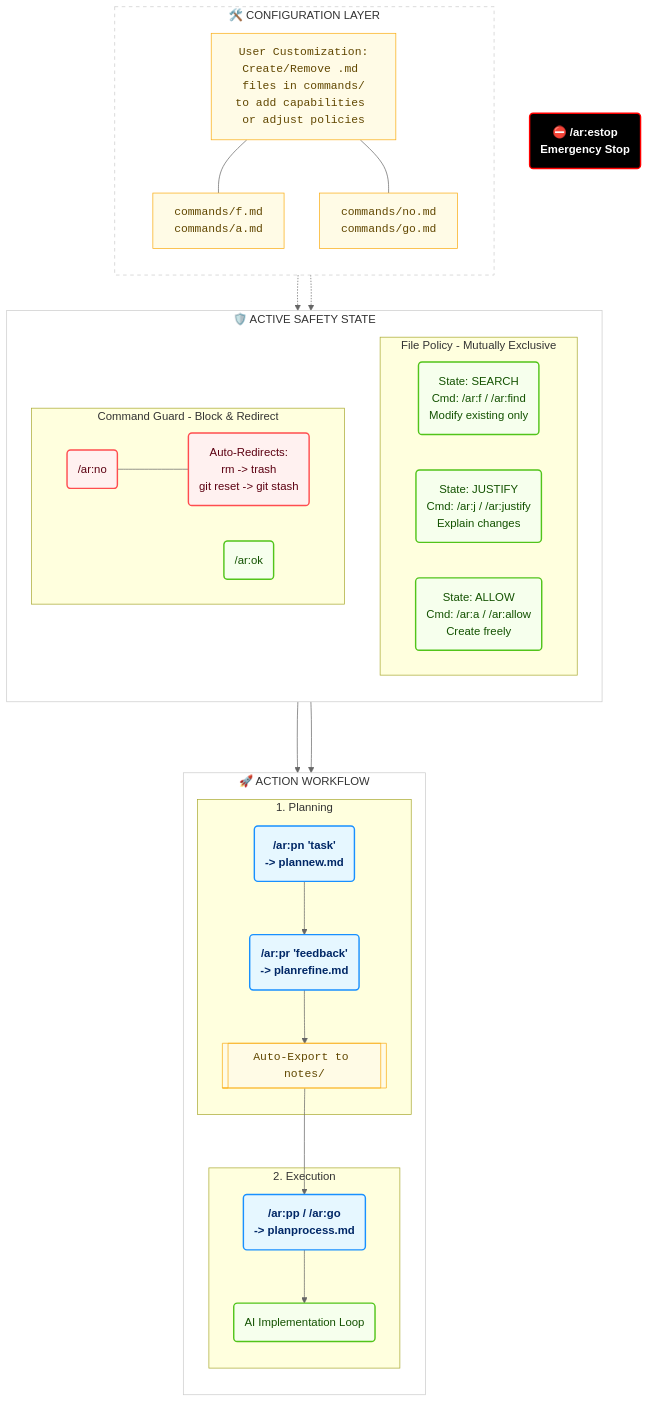
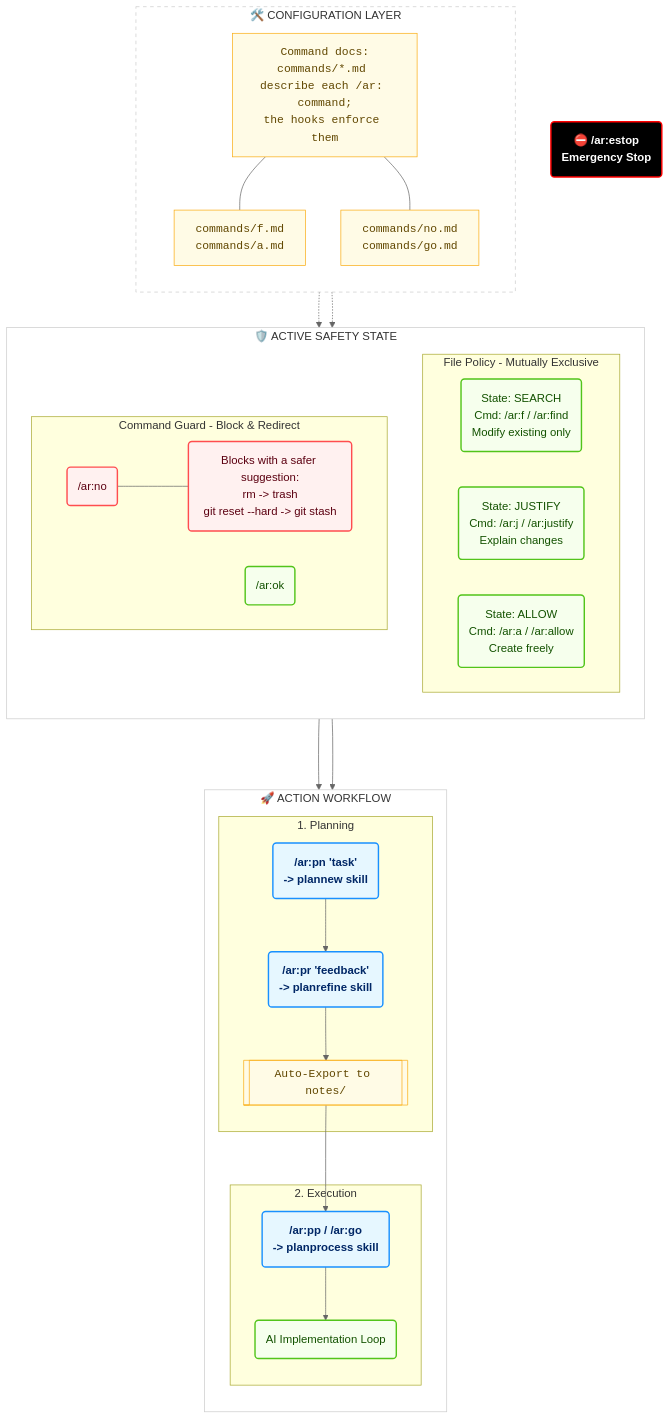
Before and after one commit to ahundt/autorun: the diagram in autorun-ux.mmd, drawn with Mermaid. The commit also changed 17 other files, not shown here.

```diff
--- a/autorun-ux.mmd
+++ b/autorun-ux.mmd
@@ -1,77 +1,77 @@
 %% Regenerate SVG: npx @mermaid-js/mermaid-cli mmdc -i autorun-ux.mmd -o autorun-ux.svg
 flowchart TD
     %% THEME: Technical, Accurate, Complete
     classDef file fill:#fffbe6,stroke:#faad14,stroke-width:1px,color:#614700,font-family:monospace
     classDef cmd fill:#e6f7ff,stroke:#1890ff,stroke-width:2px,color:#002766,font-weight:bold
     classDef state fill:#f6ffed,stroke:#52c41a,stroke-width:2px,color:#135200
     classDef block fill:#fff1f0,stroke:#ff4d4f,stroke-width:2px,color:#5c0011
     classDef panic fill:#000,stroke:#ff0000,stroke-width:2px,color:#fff,font-weight:bold
 
     %% --- LAYER 1: CONFIGURATION (MD FILES) ---
     subgraph Config [🛠️ CONFIGURATION LAYER]
         direction TB
-        Note_MD[User Customization:<br/>Create/Remove .md files in commands/<br/>to add capabilities or adjust policies]:::file
+        Note_MD[Command docs:<br/>commands/*.md describe each /ar: command;<br/>the hooks enforce them]:::file
         
         Files_Pol[commands/f.md<br/>commands/a.md]:::file
         Files_Cmd[commands/no.md<br/>commands/go.md]:::file
         
         Note_MD --- Files_Pol & Files_Cmd
     end
 
     %% --- LAYER 2: ACTIVE SAFETY STATE ---
     subgraph Safety [🛡️ ACTIVE SAFETY STATE]
         direction TB
         
         subgraph File_Pol [File Policy - Mutually Exclusive]
             P_Find(State: SEARCH<br/>Cmd: /ar:f / /ar:find<br/>Modify existing only):::state
             P_Just(State: JUSTIFY<br/>Cmd: /ar:j / /ar:justify<br/>Explain changes):::state
             P_Allow(State: ALLOW<br/>Cmd: /ar:a / /ar:allow<br/>Create freely):::state
         end
 
         subgraph Cmd_Block [Command Guard - Block & Redirect]
             Block_Cmd("/ar:no <pattern> [desc]<br/>Stops execution"):::block
-            Redirect("Auto-Redirects:<br/>rm -> trash<br/>git reset -> git stash"):::block
+            Redirect("Blocks with a safer suggestion:<br/>rm -> trash<br/>git reset --hard -> git stash"):::block
             Allow_Cmd("/ar:ok <pattern><br/>Override a block"):::state
             
             Block_Cmd ~~~ Redirect
         end
     end
 
     %% --- LAYER 3: WORKFLOW ---
     subgraph Workflow [🚀 ACTION WORKFLOW]
         direction TB
         
         subgraph Plan_Phase [1. Planning]
-            W_PN(/ar:pn 'task'<br/>-> plannew.md):::cmd
-            W_PR(/ar:pr 'feedback'<br/>-> planrefine.md):::cmd
+            W_PN(/ar:pn 'task'<br/>-> plannew skill):::cmd
+            W_PR(/ar:pr 'feedback'<br/>-> planrefine skill):::cmd
             W_Export[[Auto-Export to notes/]]:::file
             
             W_PN --> W_PR
             W_PR --> W_Export
         end
         
         subgraph Exec_Phase [2. Execution]
-            W_PP(/ar:pp / /ar:go<br/>-> planprocess.md):::cmd
+            W_PP(/ar:pp / /ar:go<br/>-> planprocess skill):::cmd
             AI_Loop(AI Implementation Loop):::state
             
             W_PP --> AI_Loop
         end
     end
 
     %% --- CRITICAL STOP ---
     Stop(⛔ /ar:estop<br/>Emergency Stop):::panic
 
     %% --- CONNECTIONS ---
     Files_Pol -.-> File_Pol
     Files_Cmd -.-> Cmd_Block
     
     File_Pol ===> AI_Loop
     Cmd_Block ===> AI_Loop
     
     W_Export --> W_PP
     
     %% Style adjustments
     linkStyle default stroke:#666,stroke-width:1px
     style Config fill:#fff,stroke:#ccc,stroke-dasharray: 5 5
     style Safety fill:#fff,stroke:#ccc
     style Workflow fill:#fff,stroke:#ccc
```
